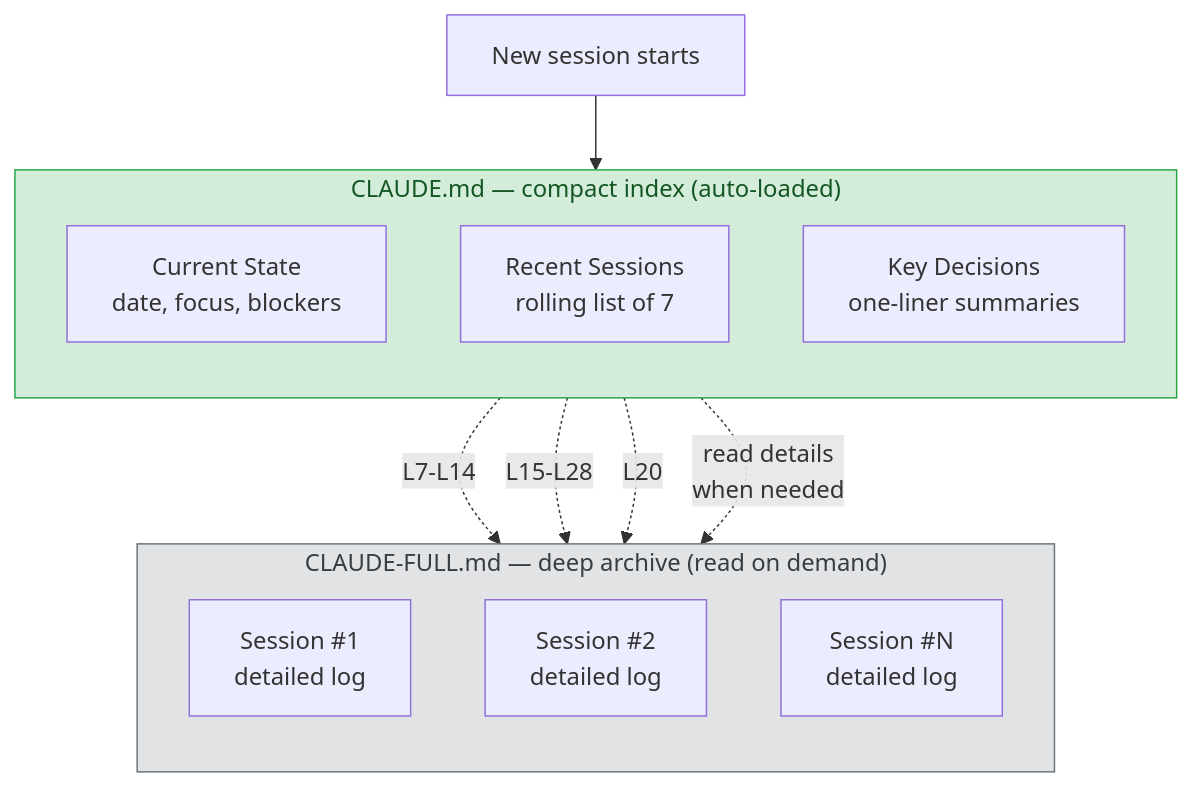
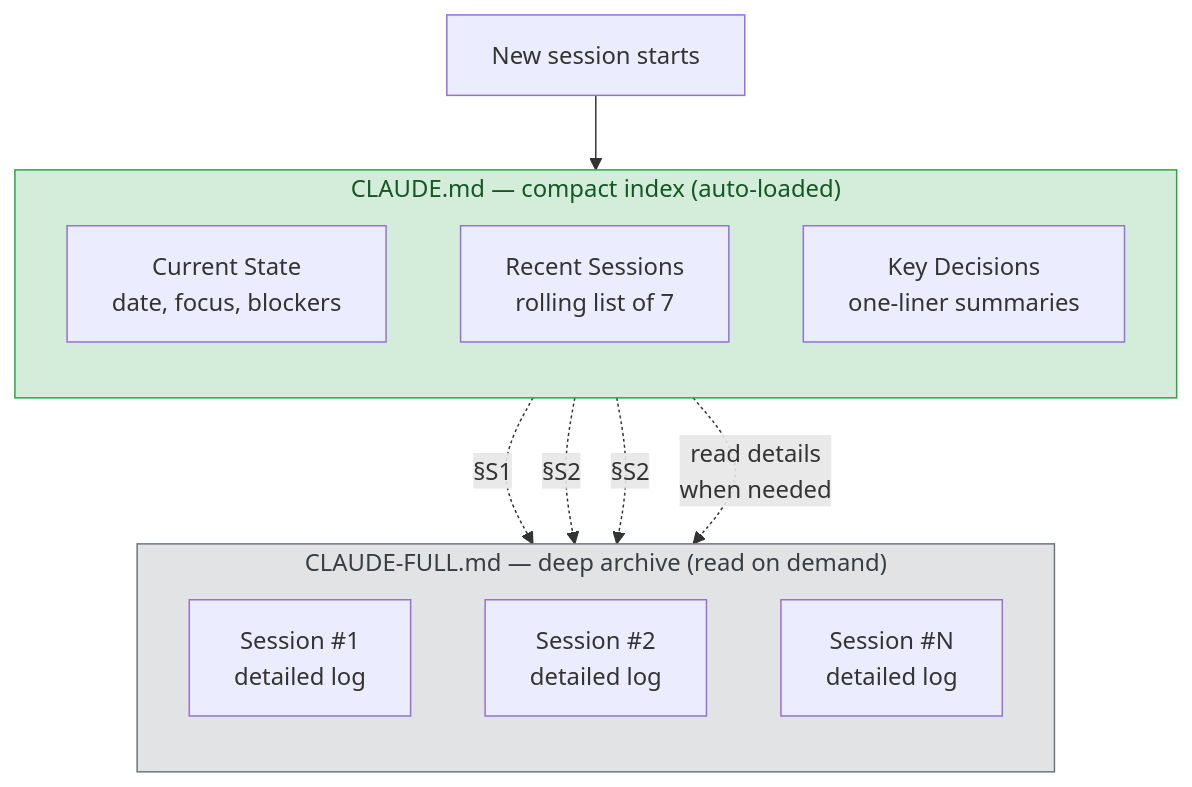
The second of 4 diagrams in README.md (ShivanDana/mimo-public), drawn with Mermaid before and after one commit. The commit also changed other lines of this file and 10 other files, not shown here.

````diff
--- a/README.md
+++ b/README.md
@@ -75,30 +75,30 @@
 ```mermaid
 flowchart TB
     NEW["New session starts"] --> CLAUDE
 
     subgraph CLAUDE["CLAUDE.md — compact index (auto-loaded)"]
         direction TB
         CS["Current State\ndate, focus, blockers"]
         RS["Recent Sessions\nrolling list of 7"]
         KD["Key Decisions\none-liner summaries"]
     end
 
     subgraph FULL["CLAUDE-FULL.md — deep archive (read on demand)"]
         direction TB
         S1["Session #1\ndetailed log"]
         S2["Session #2\ndetailed log"]
         SN["Session #N\ndetailed log"]
     end
 
-    RS -. "L7-L14" .-> S1
-    RS -. "L15-L28" .-> S2
-    KD -. "L20" .-> S2
+    RS -. "§S1" .-> S1
+    RS -. "§S2" .-> S2
+    KD -. "§S2" .-> S2
 
     CLAUDE -. "read details\nwhen needed" .-> FULL
 
     classDef primary fill:#d4edda,stroke:#28a745,color:#155724
     classDef secondary fill:#e2e3e5,stroke:#6c757d,color:#383d41
 
     class CLAUDE primary
     class FULL secondary
 ```
````
